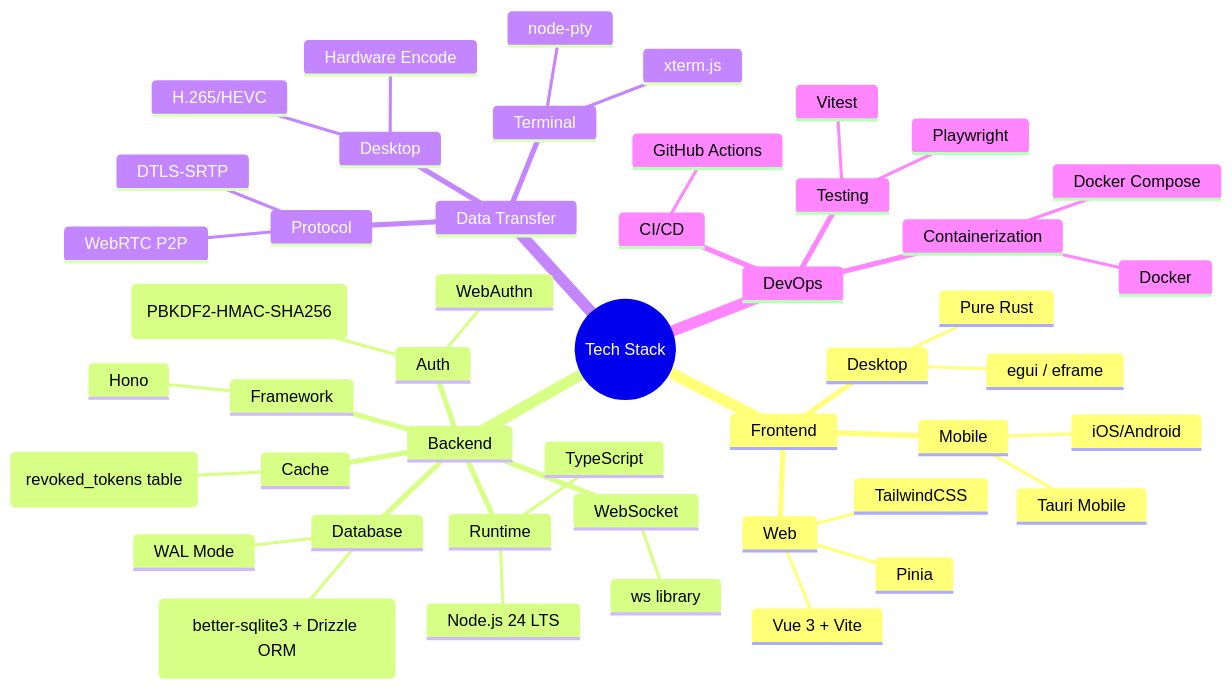
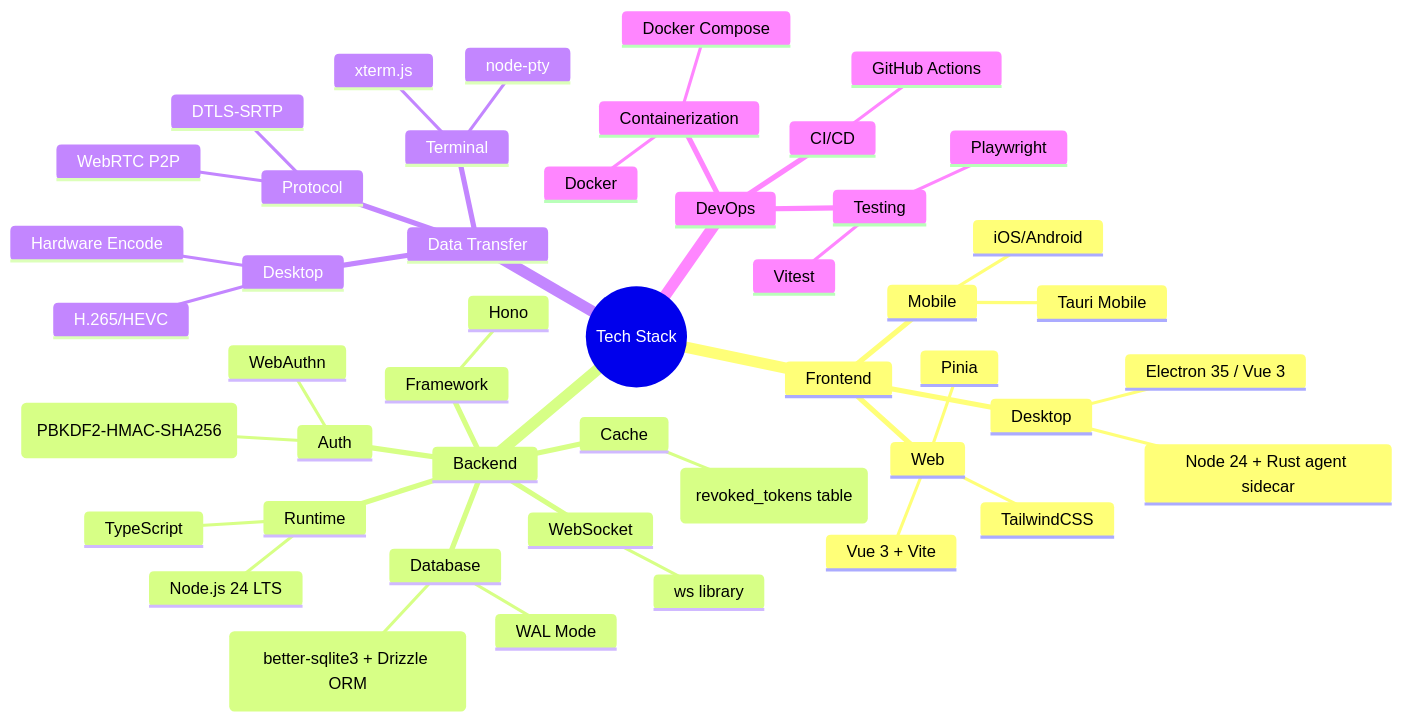
The first of 4 diagrams in docs/ARCHITECTURE.md (ngotuananh101/ponter), drawn with Mermaid before and after one commit. The commit also changed other lines of this file and 94 other files, not shown here.

First line of the commit message:
feat(desktop): migrate desktop shell to Electron 35 + Vue 3 (ADR-85..88, Sub-project B) (#135)

````diff
--- a/docs/ARCHITECTURE.md
+++ b/docs/ARCHITECTURE.md
@@ -41,50 +41,50 @@
 ```mermaid
 mindmap
   root((Tech Stack))
     Frontend
       Web
         Vue 3 + Vite
         Pinia
         TailwindCSS
       Desktop
-        egui / eframe
-        Pure Rust
+        Electron 35 / Vue 3
+        Node 24 + Rust agent sidecar
       Mobile
         Tauri Mobile
         iOS/Android
     Backend
       Runtime
         Node.js 24 LTS
         TypeScript
       Framework
         Hono
       Database
         SQLite (better-sqlite3 + Drizzle ORM)
         WAL Mode
       WebSocket
         ws library
       Cache
         In-memory (revoked_tokens table)
       Auth
         WebAuthn
         JWT (PBKDF2-HMAC-SHA256)
     Data Transfer
       Protocol
         WebRTC P2P
         DTLS-SRTP
       Terminal
         xterm.js
         node-pty
       Desktop
         H.265/HEVC
         Hardware Encode
     DevOps
       CI/CD
         GitHub Actions
       Testing
         Vitest
         Playwright
       Containerization
         Docker
         Docker Compose
 ```
````
